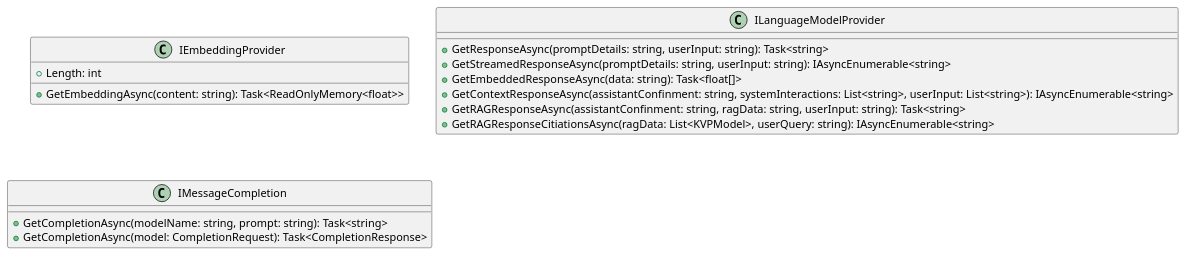
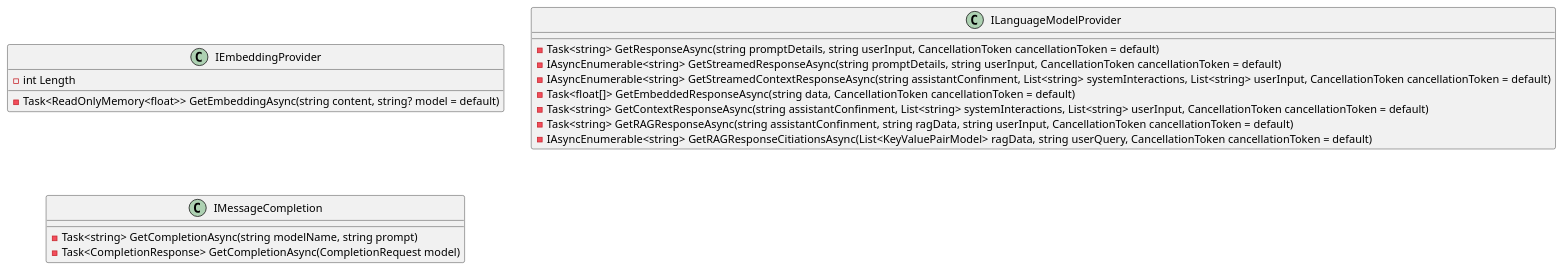
One commit to mwwhited-forks/dotnet-libs changed the first of 2 diagrams in docs/generated/Framework/Eliassen.AI.Abstractions/Documentation.md. Above: the diagram before and after it, drawn with PlantUML. The commit also changed other lines of this file and 444 other files, not shown here.

````diff
--- a/docs/generated/Framework/Eliassen.AI.Abstractions/Documentation.md
+++ b/docs/generated/Framework/Eliassen.AI.Abstractions/Documentation.md
@@ -32,21 +7,24 @@
+```plantuml
 @startuml
 class IEmbeddingProvider {
-  + Length: int
-  + GetEmbeddingAsync(content: string): Task<ReadOnlyMemory<float>>
+  - int Length
+  - Task<ReadOnlyMemory<float>> GetEmbeddingAsync(string content, string? model = default)
 }
 
 class ILanguageModelProvider {
-  + GetResponseAsync(promptDetails: string, userInput: string): Task<string>
-  + GetStreamedResponseAsync(promptDetails: string, userInput: string): IAsyncEnumerable<string>
-  + GetEmbeddedResponseAsync(data: string): Task<float[]>
-  + GetContextResponseAsync(assistantConfinment: string, systemInteractions: List<string>, userInput: List<string>): IAsyncEnumerable<string>
-  + GetRAGResponseAsync(assistantConfinment: string, ragData: string, userInput: string): Task<string>
-  + GetRAGResponseCitiationsAsync(ragData: List<KVPModel>, userQuery: string): IAsyncEnumerable<string>
+  - Task<string> GetResponseAsync(string promptDetails, string userInput, CancellationToken cancellationToken = default)
+  - IAsyncEnumerable<string> GetStreamedResponseAsync(string promptDetails, string userInput, CancellationToken cancellationToken = default)
+  - IAsyncEnumerable<string> GetStreamedContextResponseAsync(string assistantConfinment, List<string> systemInteractions, List<string> userInput, CancellationToken cancellationToken = default)
+  - Task<float[]> GetEmbeddedResponseAsync(string data, CancellationToken cancellationToken = default)
+  - Task<string> GetContextResponseAsync(string assistantConfinment, List<string> systemInteractions, List<string> userInput, CancellationToken cancellationToken = default)
+  - Task<string> GetRAGResponseAsync(string assistantConfinment, string ragData, string userInput, CancellationToken cancellationToken = default)
+  - IAsyncEnumerable<string> GetRAGResponseCitiationsAsync(List<KeyValuePairModel> ragData, string userQuery, CancellationToken cancellationToken = default)
 }
 
 class IMessageCompletion {
-  + GetCompletionAsync(modelName: string, prompt: string): Task<string>
-  + GetCompletionAsync(model: CompletionRequest): Task<CompletionResponse>
+  - Task<string> GetCompletionAsync(string modelName, string prompt)
+  - Task<CompletionResponse> GetCompletionAsync(CompletionRequest model)
 }
 
 @enduml
+```
````
